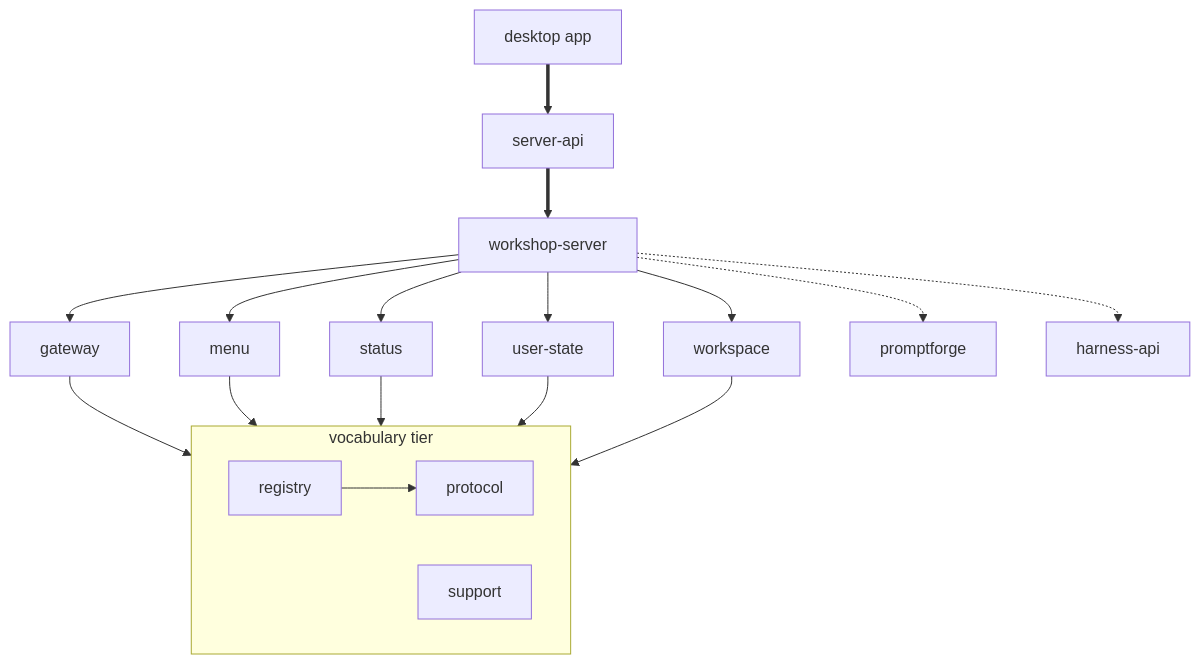
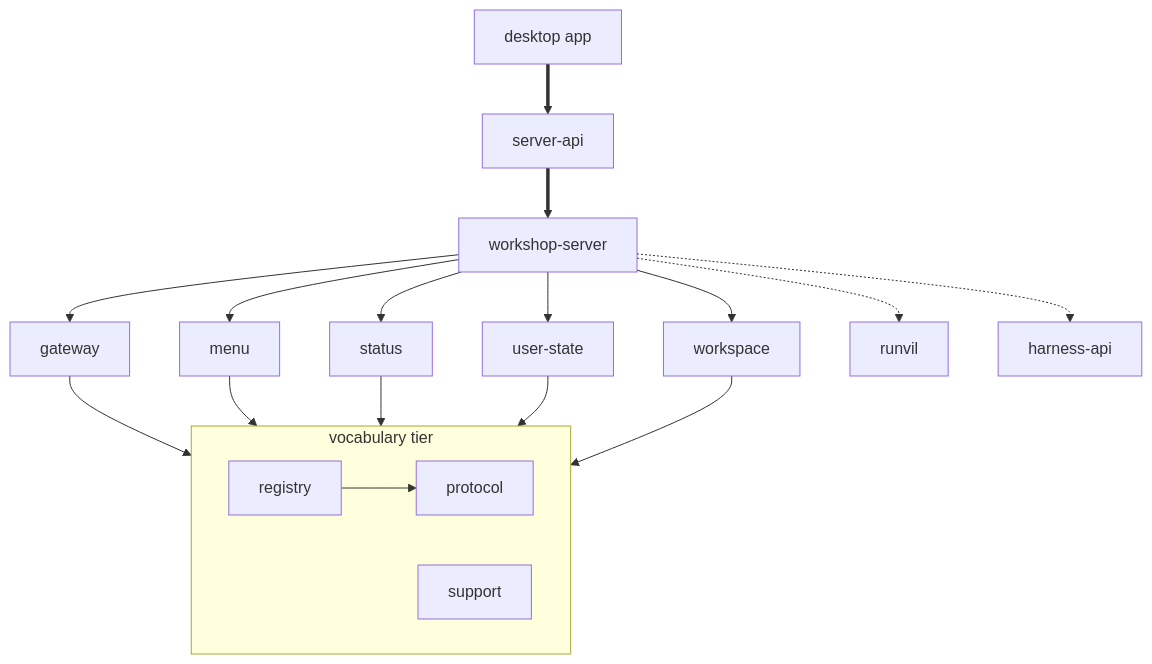
One commit to cppalliance/promptforge changed the diagram in vibe/2026-09/2026-09-25-3-workshop-structure.md. Above: the diagram before and after it, drawn with Mermaid. The commit also changed other lines of this file and 1573 other files, not shown here.

````diff
--- a/vibe/2026-09/2026-09-25-3-workshop-structure.md
+++ b/vibe/2026-09/2026-09-25-3-workshop-structure.md
@@ -217,23 +217,23 @@
 ```mermaid
 graph TD
   desktop["desktop app"] ==> api["server-api"]
   api ==> server["workshop-server"]
   server --> gw["gateway"]
   server --> menu["menu"]
   server --> status["status"]
   server --> us["user-state"]
   server --> ws["workspace"]
   subgraph vocab [vocabulary tier]
     protocol
     registry
     support
   end
   gw --> vocab
   menu --> vocab
   status --> vocab
   us --> vocab
   ws --> vocab
   registry --> protocol
-  server -.-> engine["promptforge"]
+  server -.-> engine["runvil"]
   server -.-> harness["harness-api"]
 ```
````
